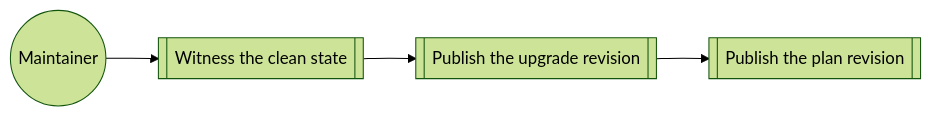
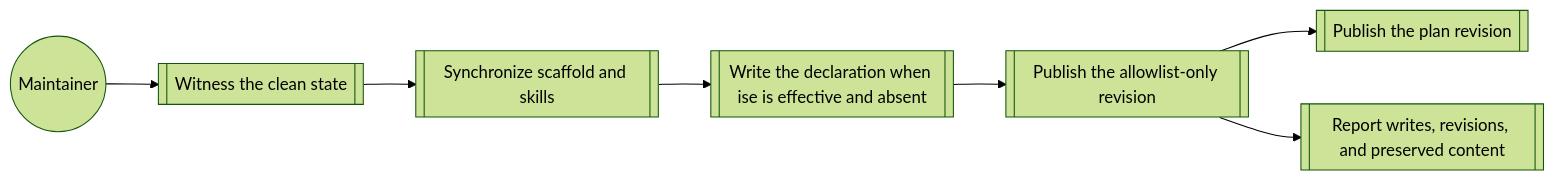
The diagram in givn/specs/upgrade-a-project/usecase.md (buster/givn), drawn with Mermaid (forest theme) before and after one commit. The commit also changed other lines of this file and 49 other files, not shown here.

Commit message:
chore(add-ise-addon-and-specification): publish archive candidate

````diff
--- a/givn/specs/upgrade-a-project/usecase.md
+++ b/givn/specs/upgrade-a-project/usecase.md
@@ -109,6 +141,9 @@
 ```mermaid
 flowchart LR
   Maintainer((Maintainer)) --> Witness[[Witness the clean state]]
-  Witness --> Upgrade[[Publish the upgrade revision]]
+  Witness --> Sync[[Synchronize scaffold and skills]]
+  Sync --> Decl[[Write the declaration when ise is effective and absent]]
+  Decl --> Upgrade[[Publish the allowlist-only revision]]
   Upgrade --> Plan[[Publish the plan revision]]
+  Upgrade --> Report[[Report writes, revisions, and preserved content]]
 ```
````
